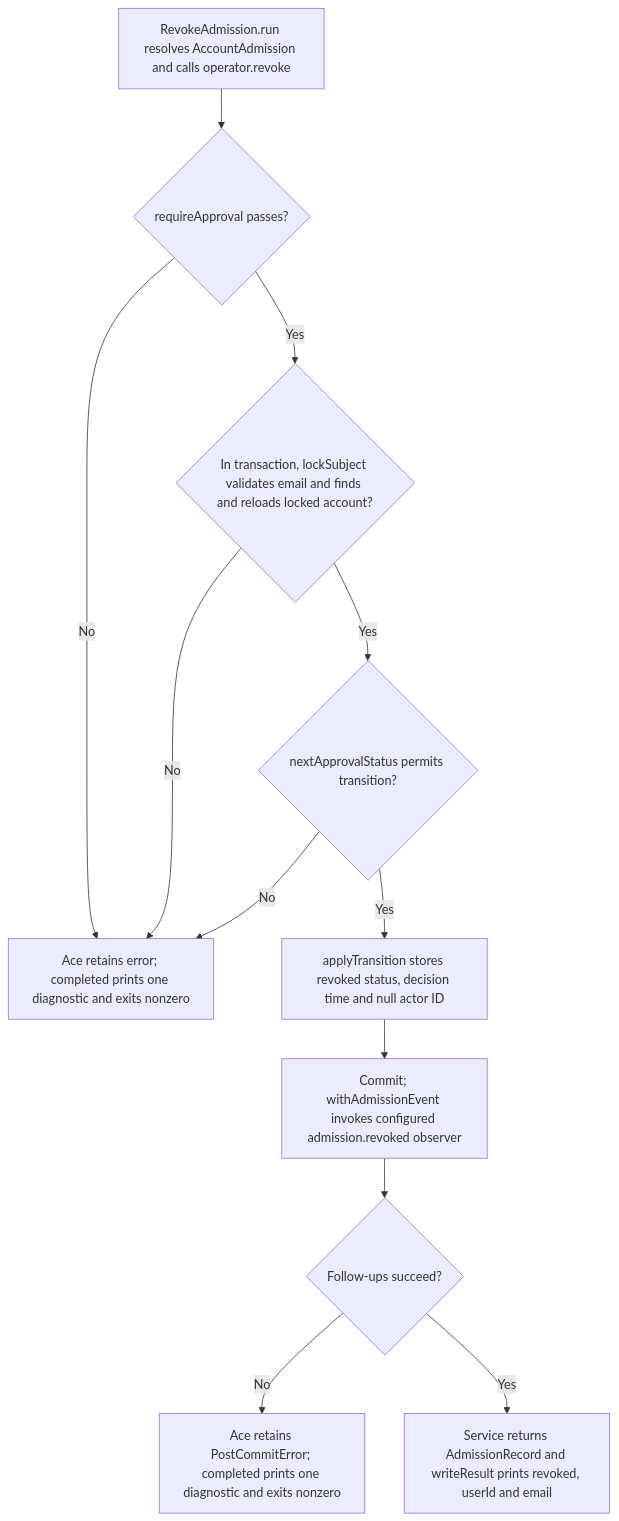
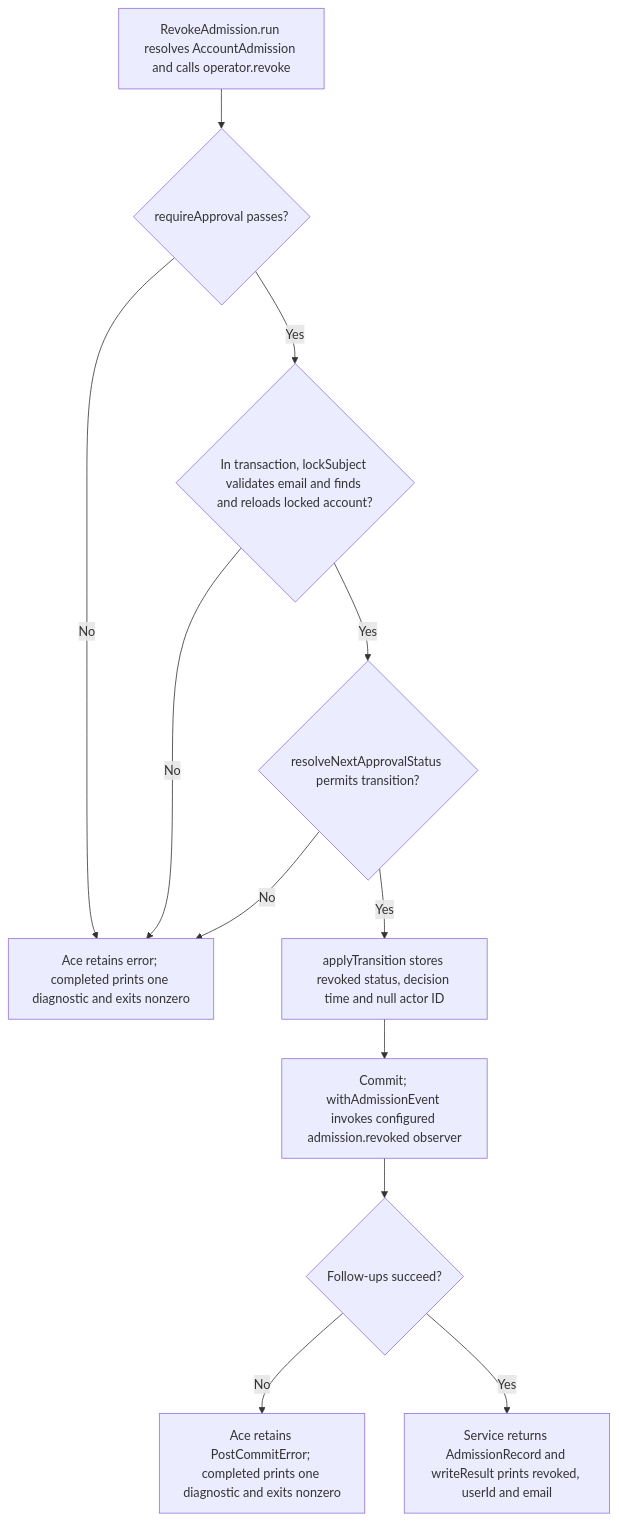
The second of 2 diagrams in user-stories/US-ACCOUNT-50-revoke-admission-as-operator.md (Kevinjohn/oss-adonisjs-account-kit), drawn with Mermaid before and after one commit. The commit also changed other lines of this file and 29 other files, not shown here.

````diff
--- a/user-stories/US-ACCOUNT-50-revoke-admission-as-operator.md
+++ b/user-stories/US-ACCOUNT-50-revoke-admission-as-operator.md
@@ -35,14 +35,14 @@
 ```mermaid
 flowchart TD
  A["RevokeAdmission.run resolves AccountAdmission and calls operator.revoke"] --> B{"requireApproval passes?"}
  B -->|No| X["Ace retains error; completed prints one diagnostic and exits nonzero"]
  B -->|Yes| C{"In transaction, lockSubject validates email and finds and reloads locked account?"}
  C -->|No| X
- C -->|Yes| D{"nextApprovalStatus permits transition?"}
+ C -->|Yes| D{"resolveNextApprovalStatus permits transition?"}
  D -->|No| X
  D -->|Yes| E["applyTransition stores revoked status, decision time and null actor ID"]
  E --> F["Commit; withAdmissionEvent invokes configured admission.revoked observer"]
  F --> G{"Follow-ups succeed?"}
  G -->|No| H["Ace retains PostCommitError; completed prints one diagnostic and exits nonzero"]
  G -->|Yes| I["Service returns AdmissionRecord and writeResult prints revoked, userId and email"]
 ```
````
